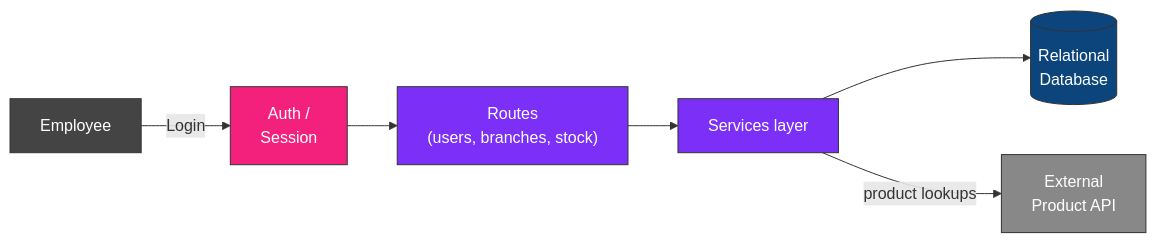
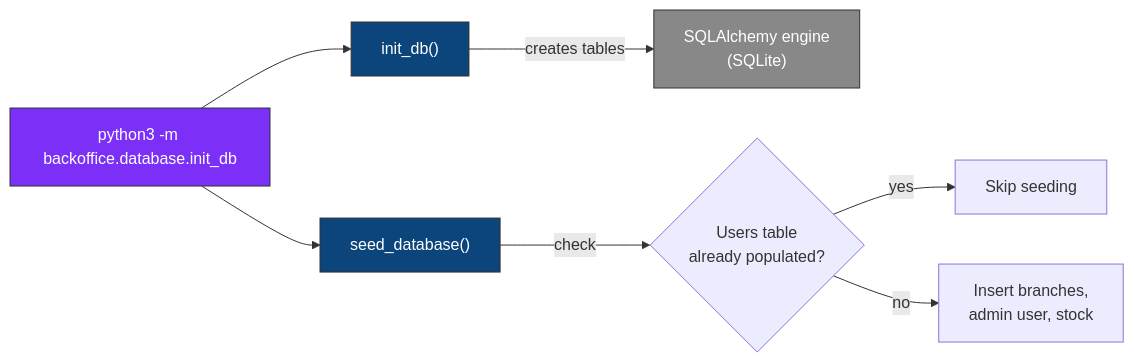
Before and after one commit to Lunaruo/hbntory-inventory-platform: the diagram in inventory-management-system/backoffice/database/README.md, drawn with Mermaid. The commit also changed other lines of this file, not shown here.

````diff
--- a/inventory-management-system/backoffice/database/README.md
+++ b/inventory-management-system/backoffice/database/README.md
@@ -47,15 +52,14 @@
 ```mermaid
 flowchart LR
-    Employee["Employee"] -->|"Login"| Auth["Auth /<br/>Session"]
-    Auth --> Routes["Routes<br/>(users, branches, stock)"]
-    Routes --> Services["Services layer"]
-    Services --> DB[("Relational<br/>Database")]
-    Services -->|"product lookups"| API["External<br/>Product API"]
+    Start["python3 -m backoffice.database.init_db"] --> InitDB["init_db()"]
+    InitDB -->|"creates tables"| Engine["SQLAlchemy engine<br/>(SQLite)"]
+    Start --> Seed["seed_database()"]
+    Seed -->|"check"| Guard{"Users table<br/>already populated?"}
+    Guard -->|"yes"| Skip["Skip seeding"]
+    Guard -->|"no"| Populate["Insert branches,<br/>admin user, stock"]
 
-    style Employee fill:#444,color:#fff,stroke:#333
-    style Auth fill:#F3217C,color:#fff,stroke:#333
-    style Routes fill:#7B2FF7,color:#fff,stroke:#333
-    style Services fill:#7B2FF7,color:#fff,stroke:#333
-    style DB fill:#0C447C,color:#fff,stroke:#333
-    style API fill:#888,color:#fff,stroke:#333
+    style Start fill:#7B2FF7,color:#fff,stroke:#333
+    style InitDB fill:#0C447C,color:#fff,stroke:#333
+    style Seed fill:#0C447C,color:#fff,stroke:#333
+    style Engine fill:#888,color:#fff,stroke:#333
 ```
````
